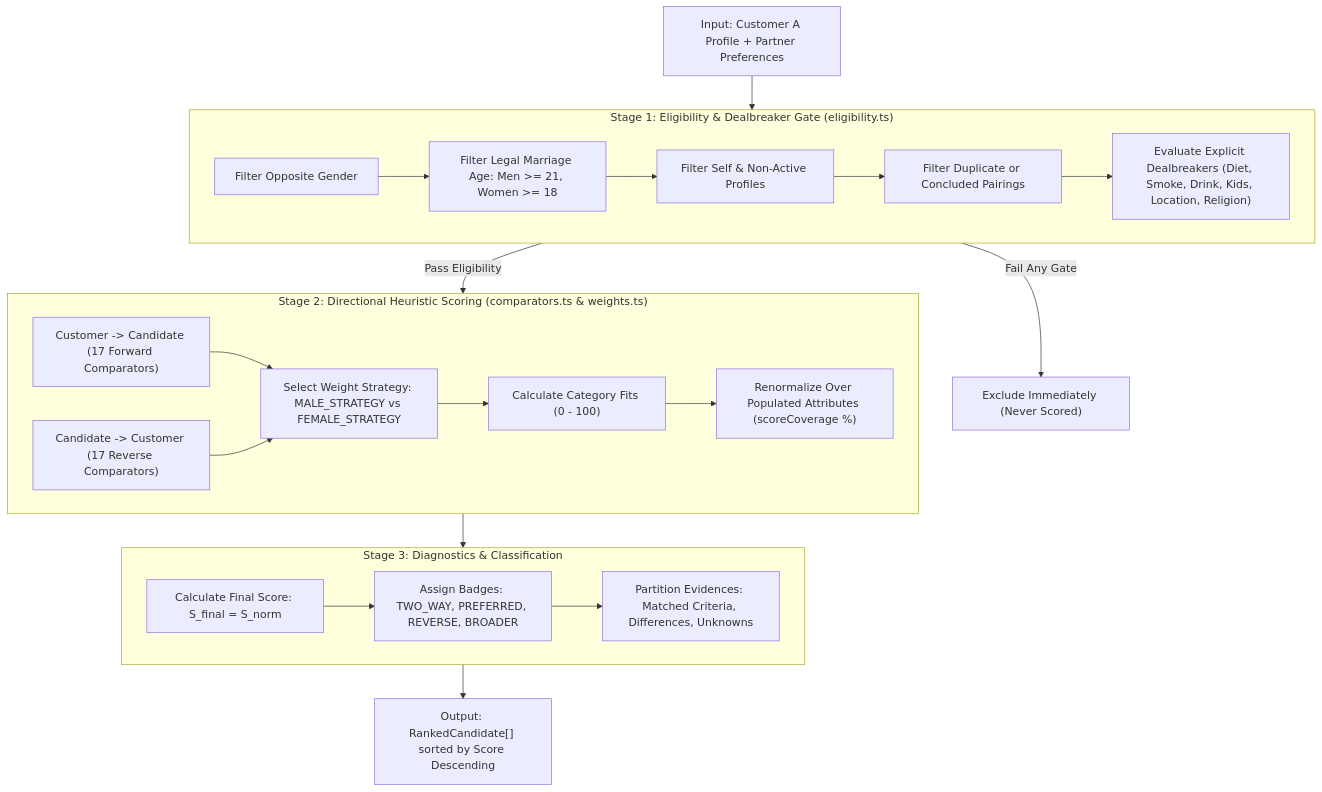
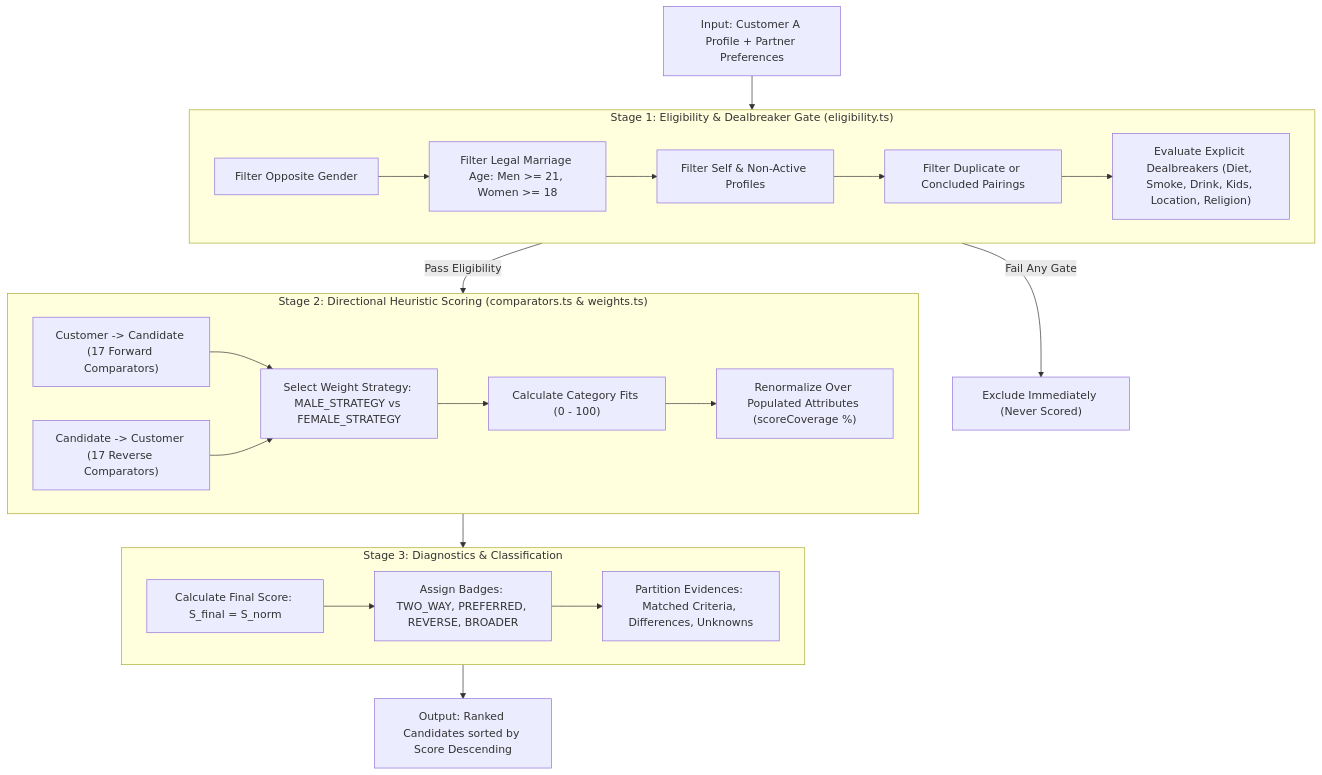
One commit to Riyanshverma/the-date-crew-assignment changed the second of 4 diagrams in ARCHITECTURE.md. Above: the diagram before and after it, drawn with Mermaid. The commit also changed other lines of this file and 1 other file, not shown here.

Commit message:
fix(docs): resolve Mermaid diagram syntax for GitHub preview rendering

````diff
--- a/ARCHITECTURE.md
+++ b/ARCHITECTURE.md
@@ -153,38 +153,38 @@
 ```mermaid
 flowchart TD
     Start["Input: Customer A Profile + Partner Preferences"] --> Step1
     
     subgraph Step1 ["Stage 1: Eligibility & Dealbreaker Gate (eligibility.ts)"]
         E1["Filter Opposite Gender"]
         E2["Filter Legal Marriage Age: Men >= 21, Women >= 18"]
         E3["Filter Self & Non-Active Profiles"]
         E4["Filter Duplicate or Concluded Pairings"]
         E5["Evaluate Explicit Dealbreakers (Diet, Smoke, Drink, Kids, Location, Religion)"]
         E1 --> E2 --> E3 --> E4 --> E5
     end
 
     Step1 -->|Pass Eligibility| Step2
     Step1 -->|Fail Any Gate| Exclude["Exclude Immediately (Never Scored)"]
 
     subgraph Step2 ["Stage 2: Directional Heuristic Scoring (comparators.ts & weights.ts)"]
         C1["Customer -> Candidate (17 Forward Comparators)"]
         C2["Candidate -> Customer (17 Reverse Comparators)"]
         C3["Select Weight Strategy: MALE_STRATEGY vs FEMALE_STRATEGY"]
         C4["Calculate Category Fits (0 - 100)"]
         C5["Renormalize Over Populated Attributes (scoreCoverage %)"]
         C1 --> C3
         C2 --> C3
         C3 --> C4 --> C5
     end
 
     Step2 --> Step3
 
     subgraph Step3 ["Stage 3: Diagnostics & Classification"]
         D1["Calculate Final Score: S_final = S_norm"]
         D2["Assign Badges: TWO_WAY, PREFERRED, REVERSE, BROADER"]
         D3["Partition Evidences: Matched Criteria, Differences, Unknowns"]
         D1 --> D2 --> D3
     end
 
-    Step3 --> Output["Output: RankedCandidate[] sorted by Score Descending"]
+    Step3 --> Output["Output: Ranked Candidates sorted by Score Descending"]
 ```
````
